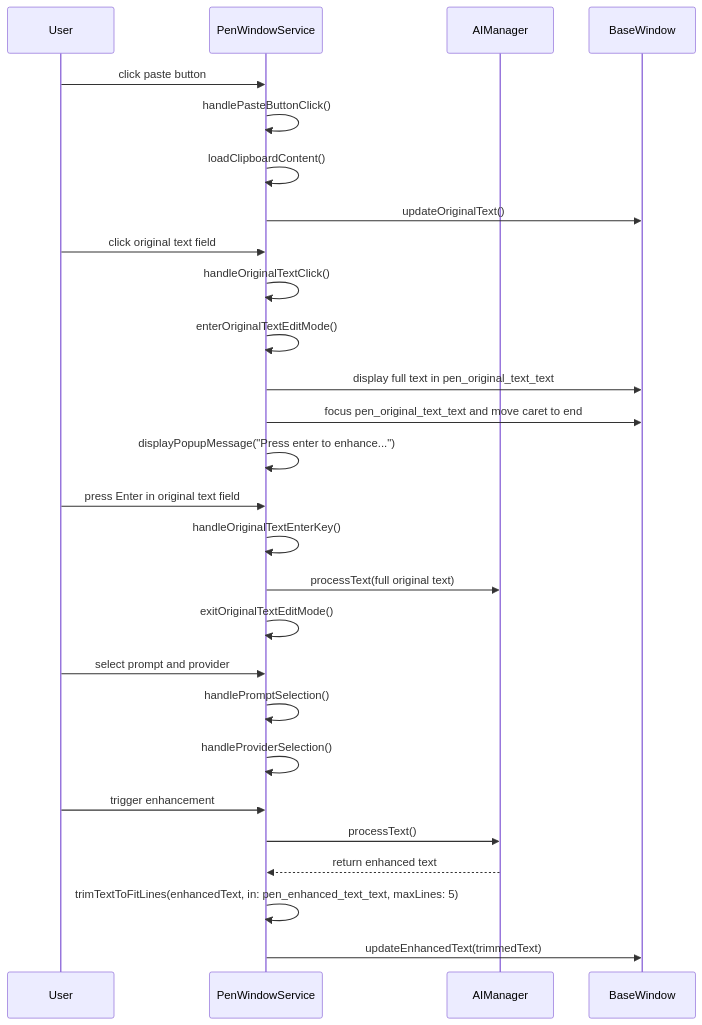
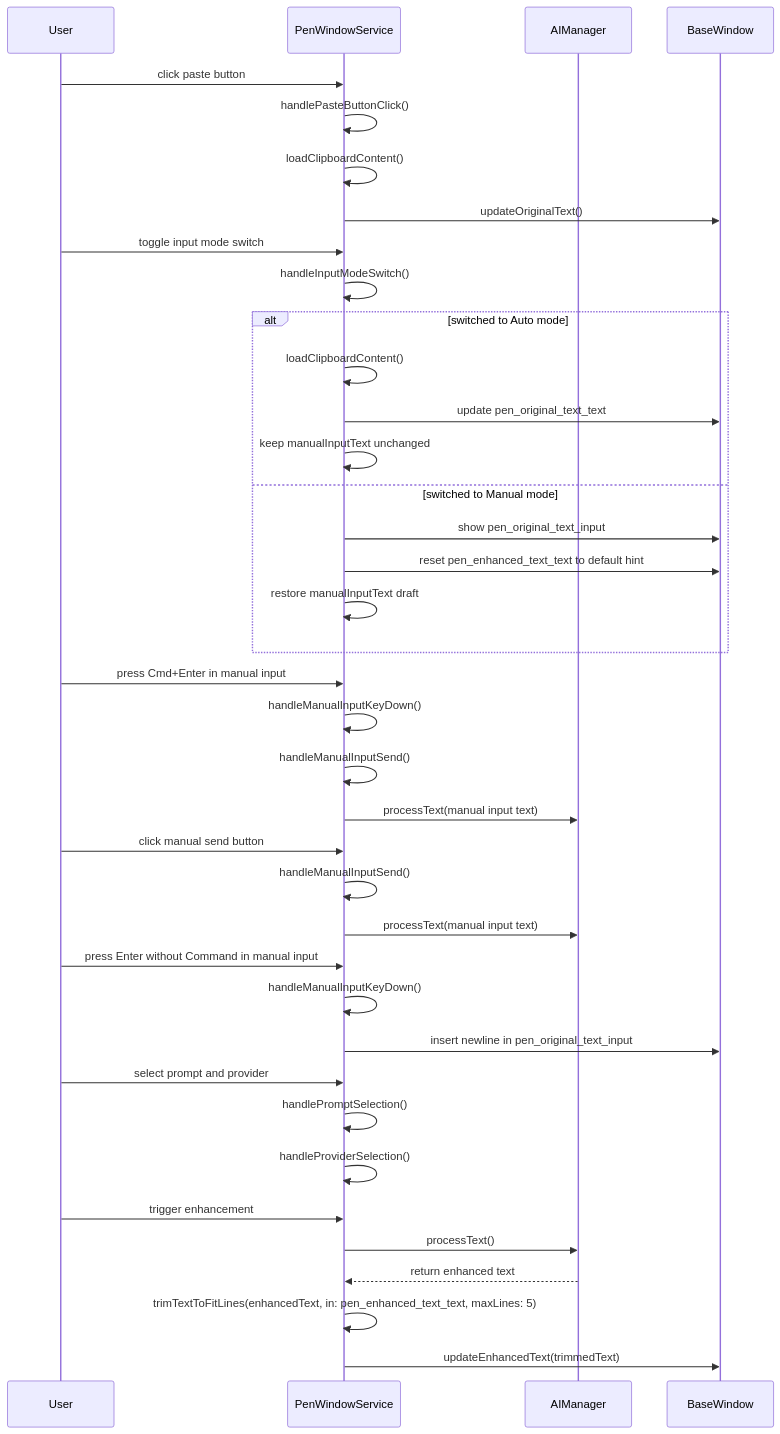
One commit to ethanhuangcst/pen.ai changed the third of 5 diagrams in Docs/Pen-Window/design-pen-window-service.md. Above: the diagram before and after it, drawn with Mermaid. The commit also changed other lines of this file and 6 other files, not shown here.

Commit message:
manual mode implemented

````diff
--- a/Docs/Pen-Window/design-pen-window-service.md
+++ b/Docs/Pen-Window/design-pen-window-service.md
@@ -177,30 +188,41 @@
 ```mermaid
 sequenceDiagram
     participant U as User
     participant PWS as PenWindowService
     participant AM as AIManager
     participant BW as BaseWindow
     
     U->>PWS: click paste button
     PWS->>PWS: handlePasteButtonClick()
     PWS->>PWS: loadClipboardContent()
     PWS->>BW: updateOriginalText()
-    U->>PWS: click original text field
-    PWS->>PWS: handleOriginalTextClick()
-    PWS->>PWS: enterOriginalTextEditMode()
-    PWS->>BW: display full text in pen_original_text_text
-    PWS->>BW: focus pen_original_text_text and move caret to end
-    PWS->>PWS: displayPopupMessage("Press enter to enhance...")
-    U->>PWS: press Enter in original text field
-    PWS->>PWS: handleOriginalTextEnterKey()
-    PWS->>AM: processText(full original text)
-    PWS->>PWS: exitOriginalTextEditMode()
+    U->>PWS: toggle input mode switch
+    PWS->>PWS: handleInputModeSwitch()
+    alt switched to Auto mode
+        PWS->>PWS: loadClipboardContent()
+        PWS->>BW: update pen_original_text_text
+        PWS->>PWS: keep manualInputText unchanged
+    else switched to Manual mode
+        PWS->>BW: show pen_original_text_input
+        PWS->>BW: reset pen_enhanced_text_text to default hint
+        PWS->>PWS: restore manualInputText draft
+    end
+    U->>PWS: press Cmd+Enter in manual input
+    PWS->>PWS: handleManualInputKeyDown()
+    PWS->>PWS: handleManualInputSend()
+    PWS->>AM: processText(manual input text)
+    U->>PWS: click manual send button
+    PWS->>PWS: handleManualInputSend()
+    PWS->>AM: processText(manual input text)
+    U->>PWS: press Enter without Command in manual input
+    PWS->>PWS: handleManualInputKeyDown()
+    PWS->>BW: insert newline in pen_original_text_input
     U->>PWS: select prompt and provider
     PWS->>PWS: handlePromptSelection()
     PWS->>PWS: handleProviderSelection()
     U->>PWS: trigger enhancement
     PWS->>AM: processText()
     AM-->>PWS: return enhanced text
     PWS->>PWS: trimTextToFitLines(enhancedText, in: pen_enhanced_text_text, maxLines: 5)
     PWS->>BW: updateEnhancedText(trimmedText)
 ```
````
